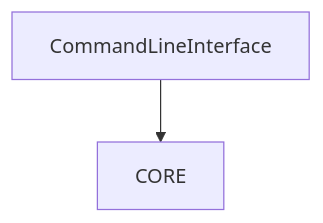
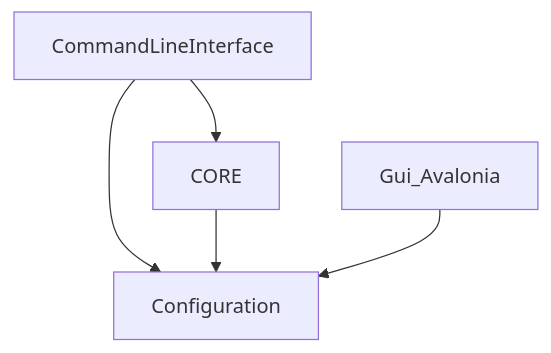
The diagram in docs/architecture/dependency-graph-mermaid.md (asienicki/slnx-mermaid), drawn with Mermaid before and after one commit. The commit also changed 74 other files, not shown here.

First line of the commit message:
Add SlnxMermaid.Configuration project with serializers/validation and Avalonia configuration editor (#89)

````diff
--- a/docs/architecture/dependency-graph-mermaid.md
+++ b/docs/architecture/dependency-graph-mermaid.md
@@ -1,5 +1,8 @@
 ```mermaid
 graph TD
+    CommandLineInterface --> Configuration
     CommandLineInterface --> CORE
+    CORE --> Configuration
+    Gui_Avalonia --> Configuration
 
 ```
````
